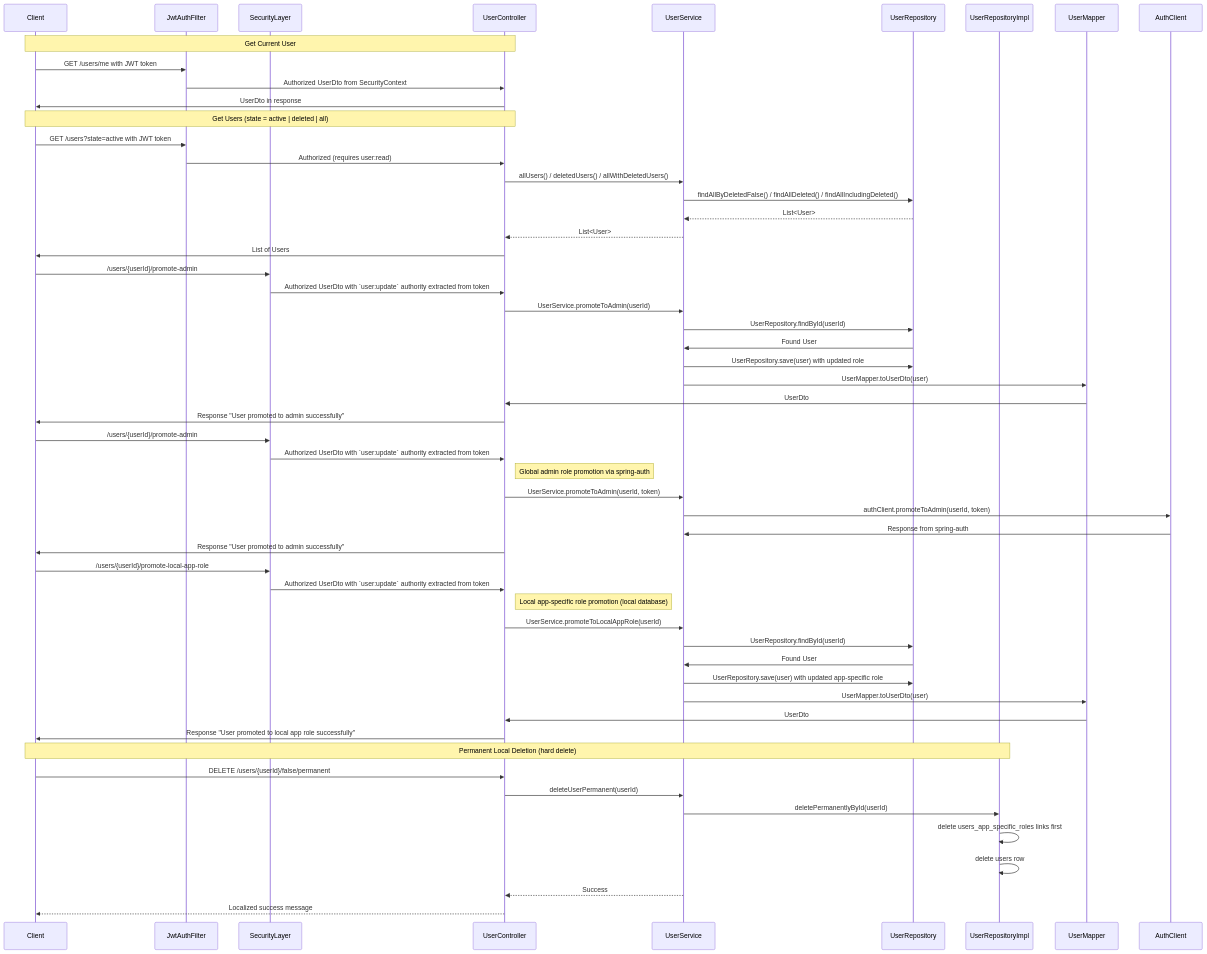
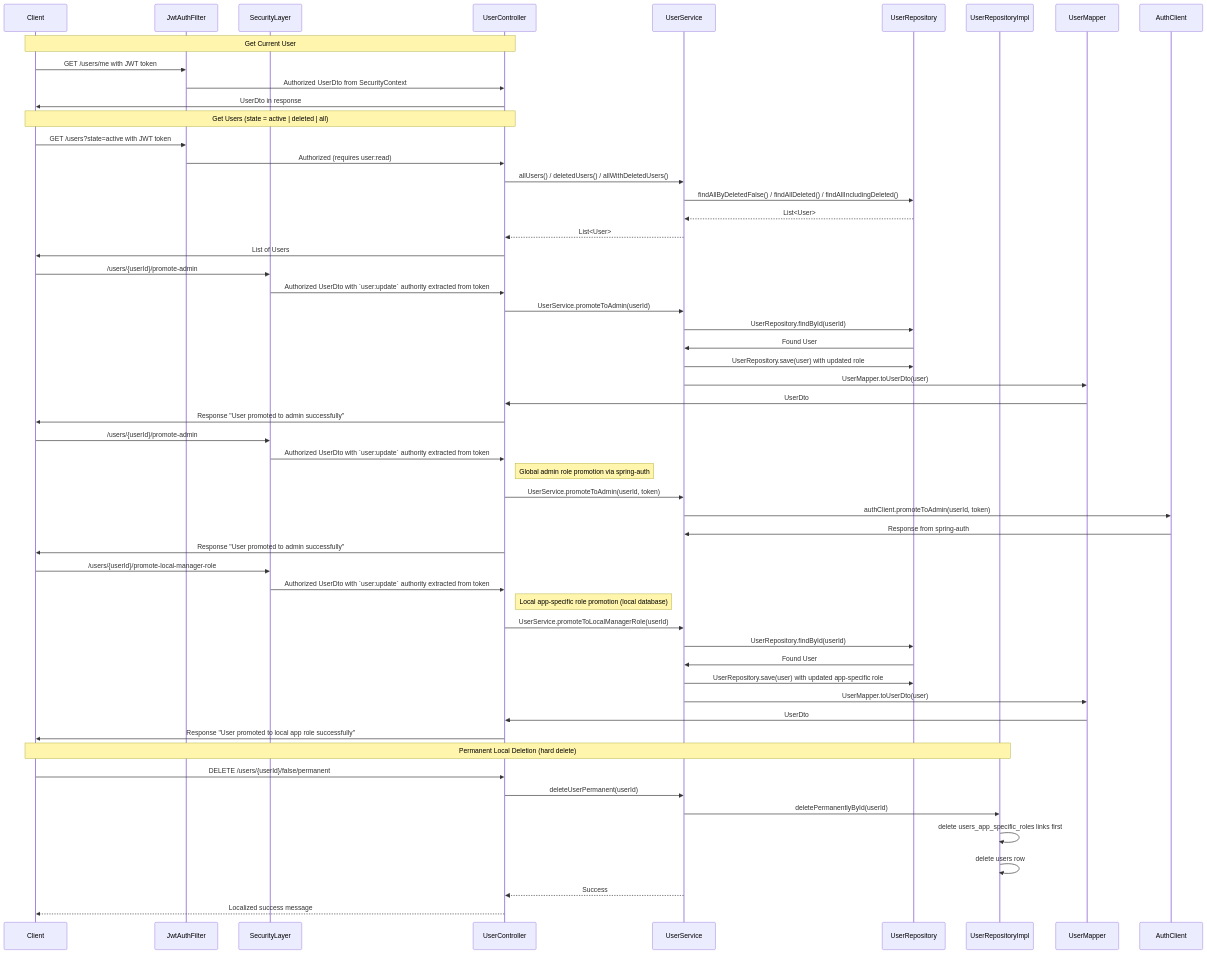
One commit to OrifInformatique/template_frontback changed the sixth of 8 diagrams in docs/process-documentation.md. Above: the diagram before and after it, drawn with Mermaid. The commit also changed other lines of this file and 29 other files, not shown here.

````diff
--- a/docs/process-documentation.md
+++ b/docs/process-documentation.md
@@ -306,62 +306,62 @@
 ```mermaid
 sequenceDiagram
     participant Client
     participant JwtAuthFilter
     participant SecurityLayer
     participant UserController
     participant UserService
     participant UserRepository
     participant UserRepositoryImpl
     participant UserMapper
 
     Note over Client,UserController: Get Current User
     Client->>JwtAuthFilter: GET /users/me with JWT token
     JwtAuthFilter->>UserController: Authorized UserDto from SecurityContext
     UserController->>Client: UserDto in response
 
     Note over Client,UserController: Get Users (state = active | deleted | all)
     Client->>JwtAuthFilter: GET /users?state=active with JWT token
     JwtAuthFilter->>UserController: Authorized (requires user:read)
     UserController->>UserService: allUsers() / deletedUsers() / allWithDeletedUsers()
     UserService->>UserRepository: findAllByDeletedFalse() / findAllDeleted() / findAllIncludingDeleted()
     UserRepository-->>UserService: List<User>
     UserService-->>UserController: List<User>
     UserController->>Client: List of Users
 
     Client->>SecurityLayer: /users/{userId}/promote-admin
     SecurityLayer->>UserController: Authorized UserDto with `user:update` authority extracted from token
     UserController->>UserService: UserService.promoteToAdmin(userId)
     UserService->>UserRepository: UserRepository.findById(userId)
     UserRepository->>UserService: Found User
     UserService->>UserRepository: UserRepository.save(user) with updated role
     UserService->>UserMapper: UserMapper.toUserDto(user)
     UserMapper->>UserController: UserDto
     UserController->>Client: Response "User promoted to admin successfully"
     Client->>SecurityLayer: /users/{userId}/promote-admin
     SecurityLayer->>UserController: Authorized UserDto with `user:update` authority extracted from token
     note right of UserController: Global admin role promotion via spring-auth
     UserController->>UserService: UserService.promoteToAdmin(userId, token)
     UserService->>AuthClient: authClient.promoteToAdmin(userId, token)
     AuthClient->>UserService: Response from spring-auth
     UserController->>Client: Response "User promoted to admin successfully"
 
-    Client->>SecurityLayer: /users/{userId}/promote-local-app-role
+    Client->>SecurityLayer: /users/{userId}/promote-local-manager-role
     SecurityLayer->>UserController: Authorized UserDto with `user:update` authority extracted from token
     note right of UserController: Local app-specific role promotion (local database)
-    UserController->>UserService: UserService.promoteToLocalAppRole(userId)
+    UserController->>UserService: UserService.promoteToLocalManagerRole(userId)
     UserService->>UserRepository: UserRepository.findById(userId)
     UserRepository->>UserService: Found User
     UserService->>UserRepository: UserRepository.save(user) with updated app-specific role
     UserService->>UserMapper: UserMapper.toUserDto(user)
     UserMapper->>UserController: UserDto
     UserController->>Client: Response "User promoted to local app role successfully"
 
     Note over Client,UserRepositoryImpl: Permanent Local Deletion (hard delete)
     Client->>UserController: DELETE /users/{userId}/false/permanent
     UserController->>UserService: deleteUserPermanent(userId)
     UserService->>UserRepositoryImpl: deletePermanentlyById(userId)
     UserRepositoryImpl->>UserRepositoryImpl: delete users_app_specific_roles links first
     UserRepositoryImpl->>UserRepositoryImpl: delete users row
     UserService-->>UserController: Success
     UserController-->>Client: Localized success message
 ```
````
